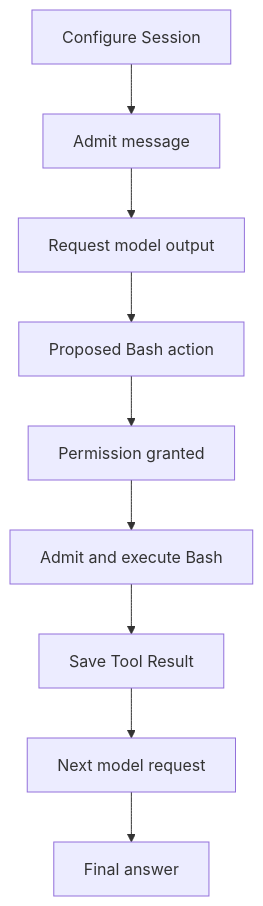
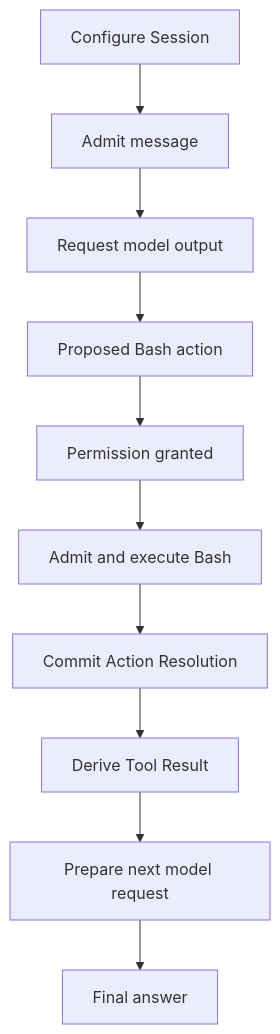
One commit to DivyanshGolyan/rui changed the first of 4 diagrams in ARCHITECTURE.md. Above: the diagram before and after it, drawn with Mermaid. The commit also changed other lines of this file and 5 other files, not shown here.

````diff
--- a/ARCHITECTURE.md
+++ b/ARCHITECTURE.md
@@ -11,11 +11,12 @@
 ```mermaid
 flowchart TD
     configure["Configure Session"] --> message["Admit message"]
     message --> model["Request model output"]
     model --> action["Proposed Bash action"]
     action --> permission["Permission granted"]
     permission --> execution["Admit and execute Bash"]
-    execution --> result["Save Tool Result"]
-    result --> next["Next model request"]
+    execution --> resolution["Commit Action Resolution"]
+    resolution --> result["Derive Tool Result"]
+    result --> next["Prepare next model request"]
     next --> answer["Final answer"]
 ```
````
